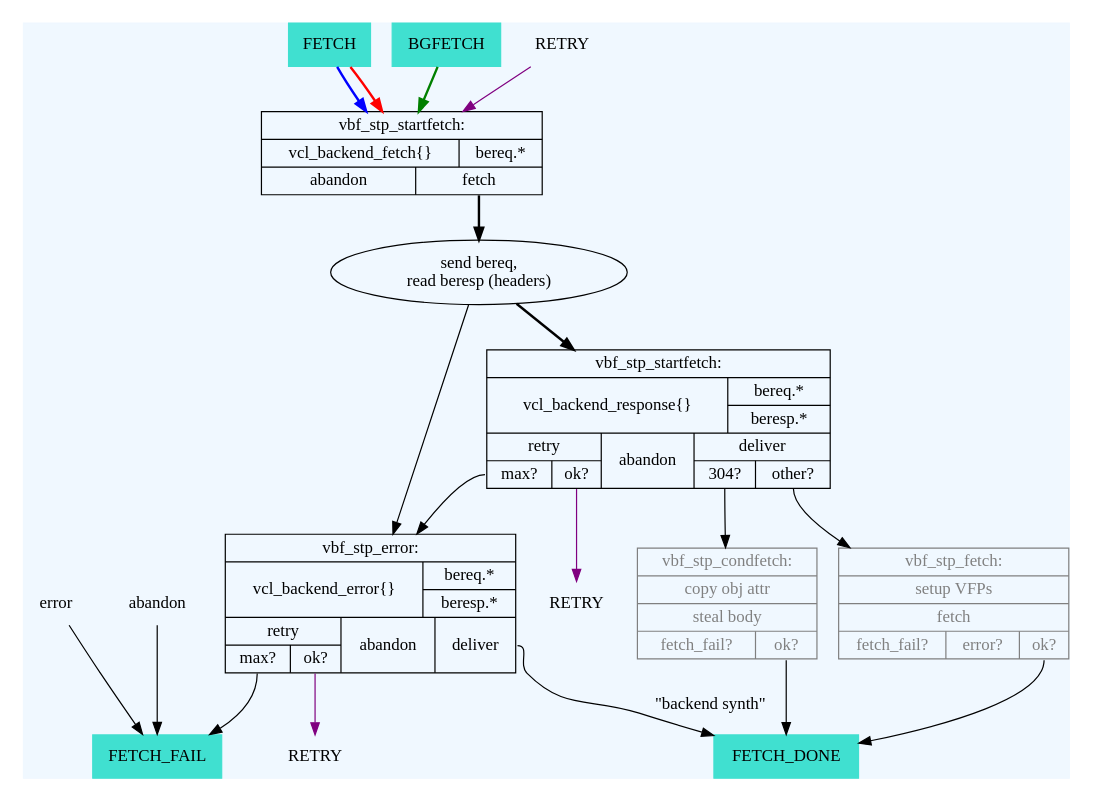
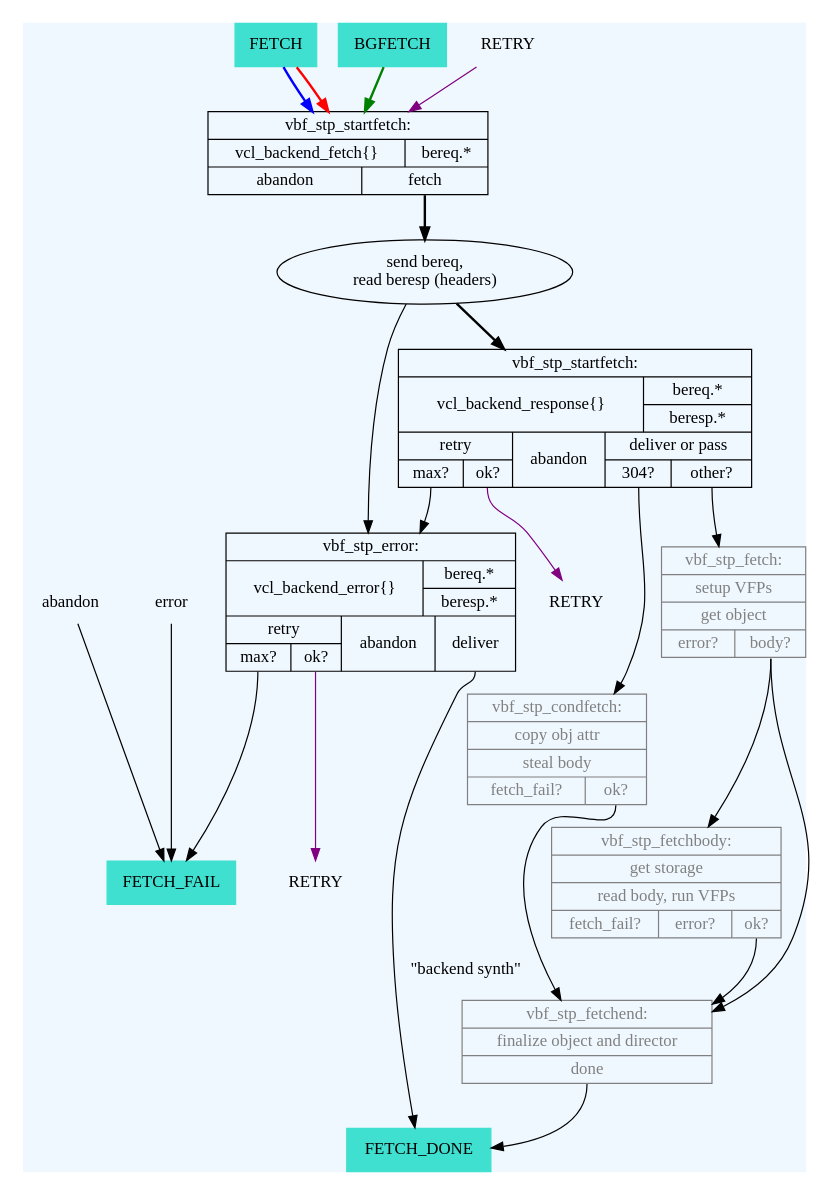
Before and after one commit to wikimedia/operations-debs-varnish4: the diagram in doc/graphviz/cache_fetch.dot, drawn with Graphviz. The commit also changed 966 other files, not shown here.

```diff
--- a/doc/graphviz/cache_fetch.dot
+++ b/doc/graphviz/cache_fetch.dot
@@ -1,101 +1,118 @@
 /*
  * we should format labels in a readable form like
  *			    label="
  *			    {vbf_stp_startfetch:|
  *				    {vcl_backend_fetch\{\}|bereq.*}|
  *				    {abandon|
  *					    <fetch>fetch}}"
  *
  * <rant>
  * ... but some servers in the v-c.o build farm use old graphviz 2.26.3
  * which cannot handle labels with additional whitespace properly, so
  * for the time being we need to fall back into dark middle ages and
  * use illegibly long lines
  * </rant>
  * -- slink 20141013
  */
 
 digraph cache_fetch {
 	margin="0.5"
 	center="1"
 
 	/*** cache_fetch.c ***/
 	subgraph cluster_backend {
 		style=filled
 		color=aliceblue
 		RETRY [shape=plaintext]
 		v_b_f_BGFETCH [label="BGFETCH",
 			       shape=box,
 			       style=filled,
 			       color=turquoise]
 		v_b_f_FETCH [label="FETCH",
 			       shape=box,
 			       style=filled,
 			       color=turquoise]
 		v_b_f_BGFETCH -> v_b_f [style=bold,color=green]
 		v_b_f_FETCH -> v_b_f [style=bold,color=blue]
 		v_b_f_FETCH -> v_b_f [style=bold,color=red]
 		RETRY -> v_b_f [color=purple]
 		/* vbf_stp_startfetch() */
 		v_b_f [
 			    shape=record
 			    label="{vbf_stp_startfetch:|{vcl_backend_fetch\{\}|bereq.*}|{abandon|<fetch>fetch}}"
 		]
 		v_b_f:fetch:s -> v_b_hdrs [style=bold]
 		v_b_hdrs [ label="send bereq,\nread beresp (headers)"]
 		v_b_hdrs -> v_b_r [style=bold]
 		v_b_hdrs -> v_b_e
 		v_b_r [
 			    shape=record
-			    label="{vbf_stp_startfetch:|{vcl_backend_response\{\}|{bereq.*|beresp.*}}|{{retry|{<max>max?|<retry>ok?}}|abandon|{deliver|{<fetch_304>304?|<non_304>other?}}}}"
+			    label="{vbf_stp_startfetch:|{vcl_backend_response\{\}|{bereq.*|beresp.*}}|{{retry|{<max>max?|<retry>ok?}}|abandon|{deliver or pass|{<fetch_304>304?|<non_304>other?}}}}"
 		]
 		v_b_r:retry -> v_b_r_retry [color=purple]
 		v_b_r:max -> v_b_e
 		v_b_r:fetch_304:s -> vbf_stp_condfetch
 		v_b_r:non_304:s -> vbf_stp_fetch
 
 		v_b_r_retry [label="RETRY",shape=plaintext]
 
+		vbf_stp_fetchbody [
+			       shape=record
+			       fontcolor=grey
+			       color=grey
+			       label="{vbf_stp_fetchbody:|get storage|read body, run VFPs|{fetch_fail?|error?|<ok>ok?}}"
+			       ]
+		vbf_stp_fetchbody:ok:s -> vbf_stp_fetchend
+
 		vbf_stp_fetch [
 			       shape=record
 			       fontcolor=grey
 			       color=grey
-			       label="{vbf_stp_fetch:|setup VFPs|<fetch>fetch|{fetch_fail?|error?|<ok>ok?}}"
+			       label="{vbf_stp_fetch:|setup VFPs|get object|{error?|<body>body?}}"
 			       ]
-		vbf_stp_fetch:ok:s -> FETCH_DONE
+		vbf_stp_fetch:body:s -> vbf_stp_fetchbody
+		vbf_stp_fetch:body:s -> vbf_stp_fetchend
+
+		vbf_stp_fetchend [
+			       shape=record
+			       fontcolor=grey
+			       color=grey
+			       label="{vbf_stp_fetchend:|finalize object and director|<done>done}"
+			       ]
+		vbf_stp_fetchend:done:s -> FETCH_DONE
 
 		vbf_stp_condfetch [
 			       shape=record
 			       fontcolor=grey
 			       color=grey
 			       label="{vbf_stp_condfetch:|copy obj attr|steal body|{fetch_fail?|<ok>ok?}}"
 
 		]
-		vbf_stp_condfetch:ok:s -> FETCH_DONE
+		vbf_stp_condfetch:ok:s -> vbf_stp_fetchend
 
 		error [shape=plaintext]
 		error -> FETCH_FAIL
 
 		/* vbf_stp_error */
 		v_b_e [
 			    shape=record
 			    label="{vbf_stp_error:|{vcl_backend_error\{\}|{bereq.*|beresp.*}}|{{retry|{<max>max?|<retry>ok?}}|abandon|<deliver>deliver}}}"
 			    ]
 		// v_b_e:deliver aka "backend synth" - goes into cache
 		v_b_e:deliver -> FETCH_DONE [label="\"backend synth\""]
 		v_b_e:retry -> v_b_e_retry [color=purple]
 		v_b_e_retry [label="RETRY",shape=plaintext]
 		v_b_e:max:s -> FETCH_FAIL
 
 		v_b_e_retry [label="RETRY",shape=plaintext]
 
 		FETCH_DONE [label="FETCH_DONE",
 			    shape=box,style=filled,color=turquoise]
 
 		abandon [shape=plaintext]
 		abandon -> FETCH_FAIL
 		// F_STP_FAIL
 		FETCH_FAIL [label="FETCH_FAIL",
 			    shape=box,style=filled,color=turquoise]
 	}
 }
```
